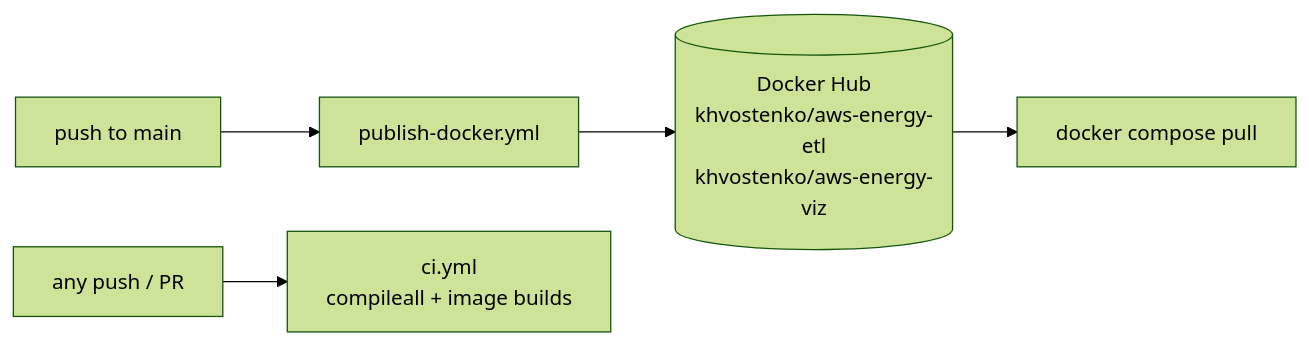
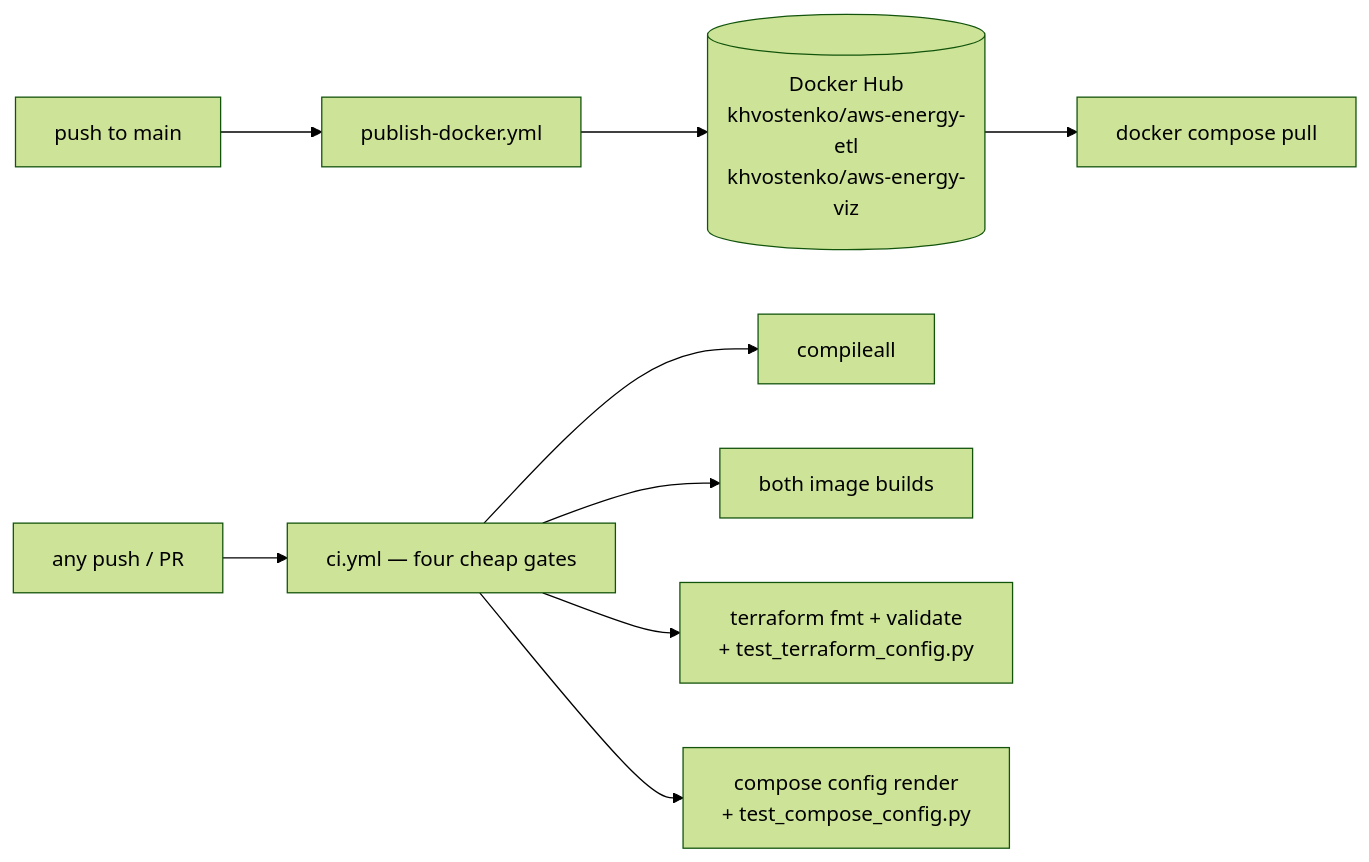
Before and after one commit to My-org-oleg/AWS_Energy_DE: the eighth of 8 diagrams in Lineage.md, drawn with Mermaid (forest theme). The commit also changed other lines of this file and 4 other files, not shown here.

````diff
--- a/Lineage.md
+++ b/Lineage.md
@@ -452,7 +459,11 @@
 ```mermaid
 flowchart LR
     MAIN["push to main"] --> PUB["publish-docker.yml"]
     PUB --> HUB[("Docker Hub<br/>khvostenko/aws-energy-etl<br/>khvostenko/aws-energy-viz")]
     HUB --> COMPOSE["docker compose pull"]
-    PR["any push / PR"] --> CI["ci.yml<br/>compileall + image builds"]
+    PR["any push / PR"] --> CI["ci.yml — four cheap gates"]
+    CI --> CC["compileall"]
+    CI --> IB["both image builds"]
+    CI --> TV["terraform fmt + validate<br/>+ test_terraform_config.py"]
+    CI --> KCF["compose config render<br/>+ test_compose_config.py"]
 ```
````
